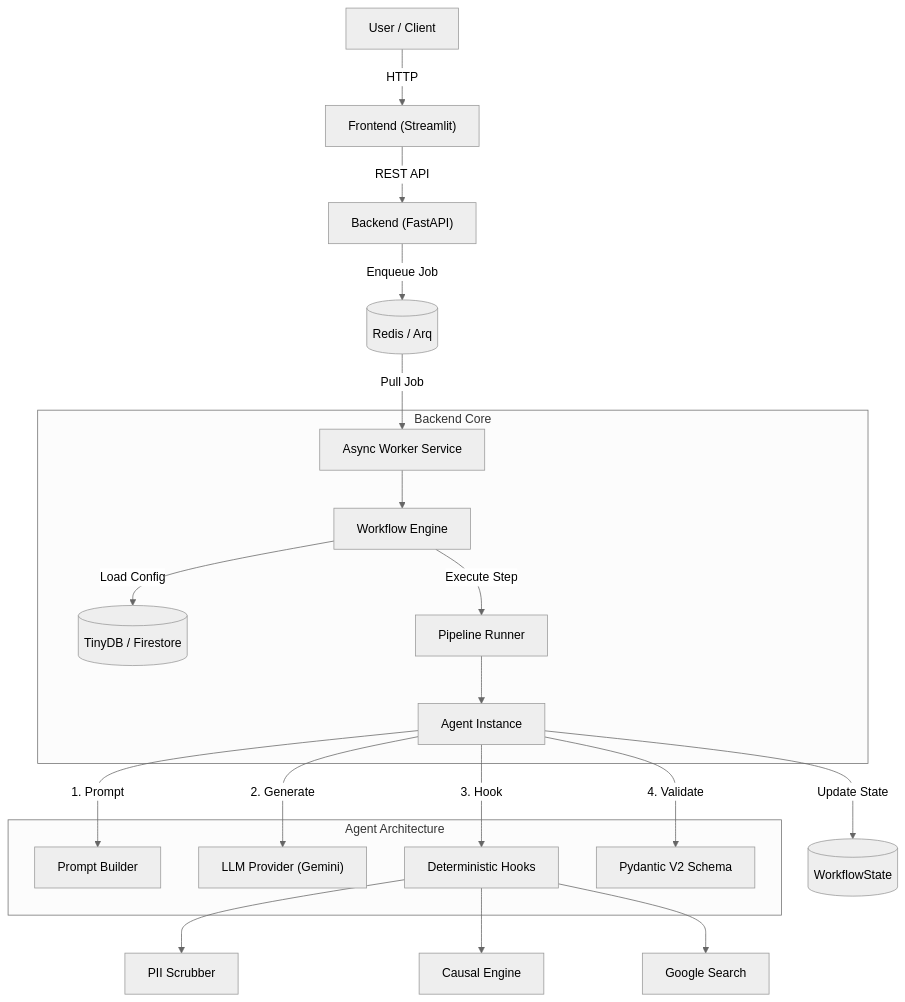
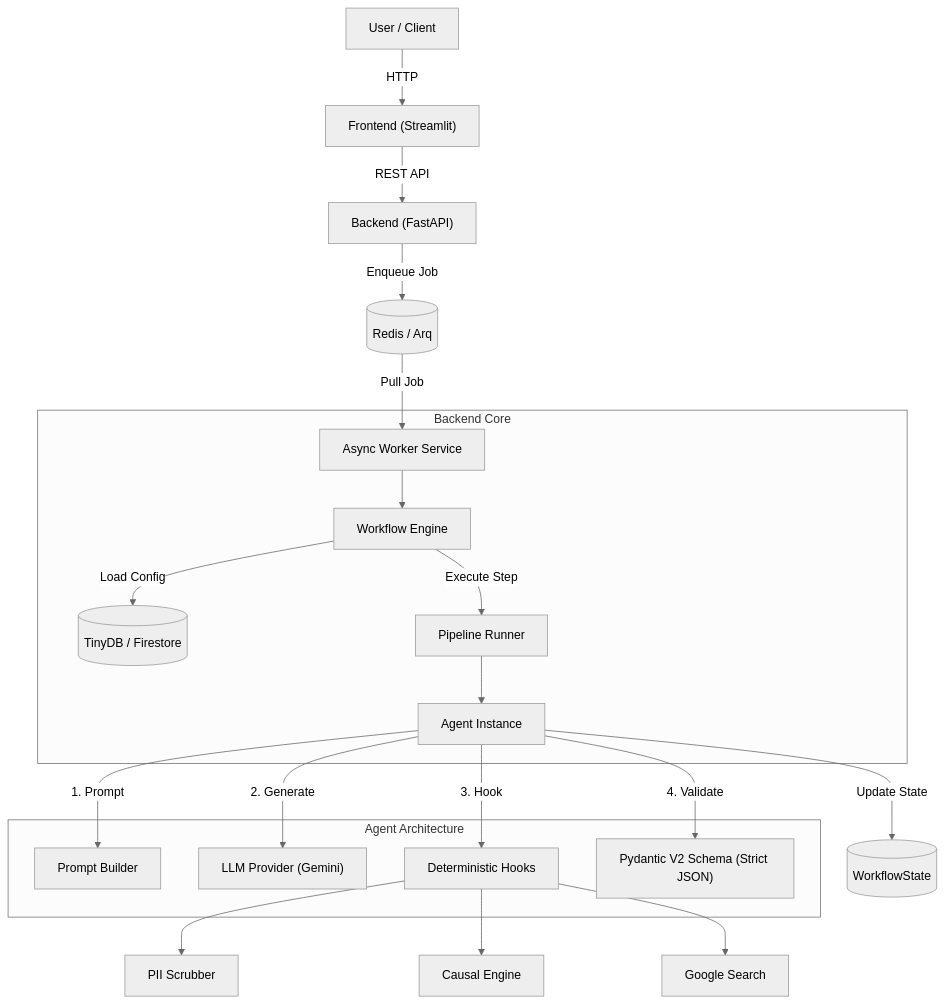
One commit to launis/quorum changed the diagram in docs/architecture.md. Above: the diagram before and after it, drawn with Mermaid (neutral theme). The commit also changed other lines of this file and 17 other files, not shown here.

Commit message:
feat: Add comprehensive V2.5 documentation and implement a new async backend architecture with worker services and LLM provider.

````diff
--- a/docs/architecture.md
+++ b/docs/architecture.md
@@ -7,29 +7,29 @@
 ```mermaid
 graph TD
     User["User / Client"] -->|HTTP| Streamlit["Frontend (Streamlit)"]
     Streamlit -->|REST API| Backend["Backend (FastAPI)"]
     
     Backend -->|Enqueue Job| Redis[(Redis / Arq)]
     Redis -->|Pull Job| Worker["Async Worker Service"]
     
     subgraph "Backend Core"
         Worker --> Engine["Workflow Engine"]
         Engine -->|Load Config| DB[("TinyDB / Firestore")]
         Engine -->|Execute Step| Runner["Pipeline Runner"]
         
         Runner --> Agent["Agent Instance"]
     end
     
     subgraph "Agent Architecture"
         Agent -->|1. Prompt| PromptBuilder["Prompt Builder"]
         Agent -->|2. Generate| LLM["LLM Provider (Gemini)"]
         Agent -->|3. Hook| Hooks["Deterministic Hooks"]
-        Agent -->|4. Validate| Schema["Pydantic V2 Schema"]
+        Agent -->|4. Validate| Schema["Pydantic V2 Schema (Strict JSON)"]
     end
     
     Hooks --> PII["PII Scrubber"]
     Hooks --> Causal["Causal Engine"]
     Hooks --> Search["Google Search"]
     
     Agent -->|Update State| State[("WorkflowState")]
 ```
````
